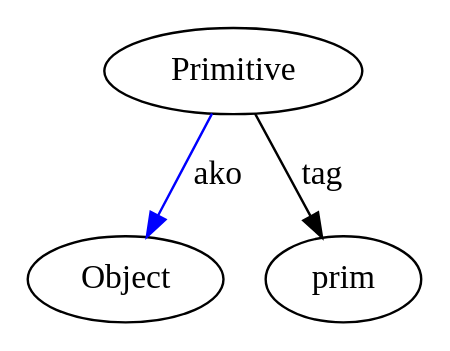
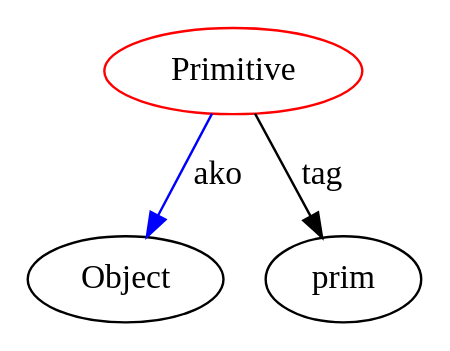
The diagram in doc/sym/03.dot (ponyatov/DLR), drawn with Graphviz before and after one commit. The commit also changed 6 other files, not shown here.

```diff
--- a/doc/sym/03.dot
+++ b/doc/sym/03.dot
@@ -1,4 +1,5 @@
 digraph {
 Primitive -> Object [label=ako,color=blue];
 Primitive -> prim [label=tag];
+Primitive [color=red];
 }
```
